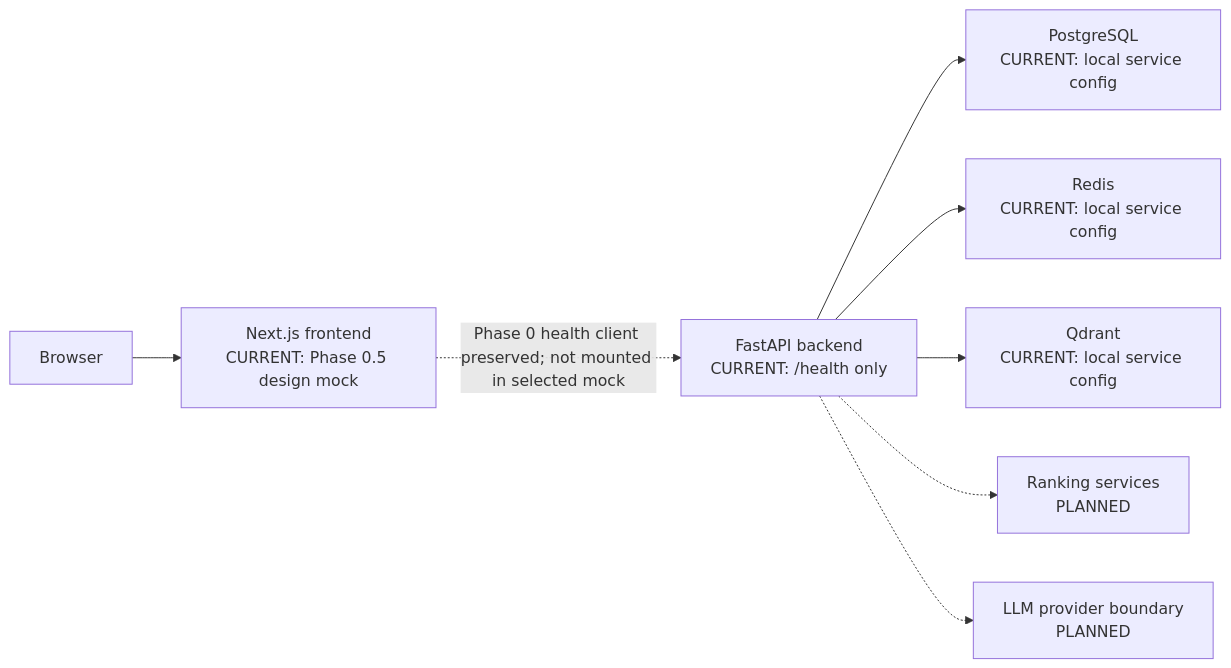
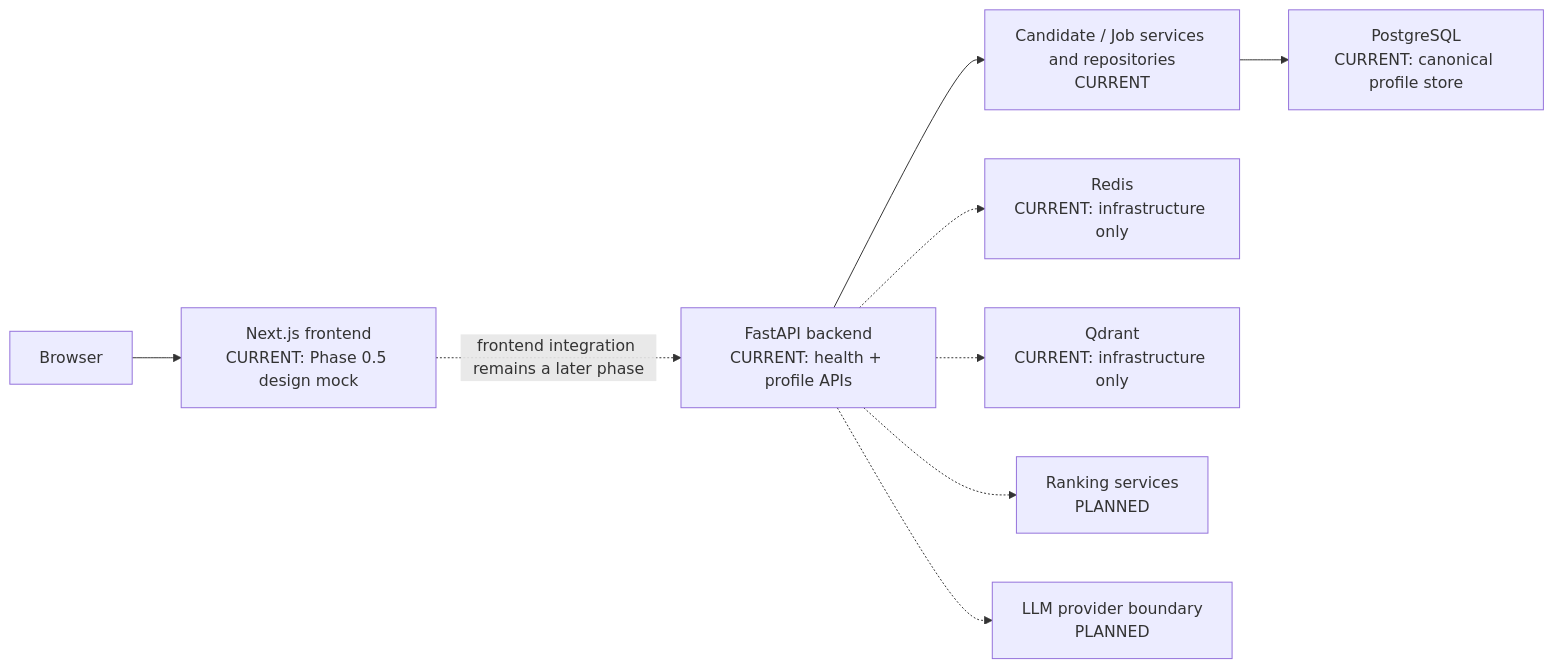
The second of 2 diagrams in README.md (rM0on/peoplematch-agent), drawn with Mermaid before and after one commit. The commit also changed other lines of this file and 39 other files, not shown here.

Commit message:
feat: add candidate and job persistence layer

````diff
--- a/README.md
+++ b/README.md
@@ -59,10 +59,11 @@
 ```mermaid
 flowchart LR
     Browser["Browser"] --> Web["Next.js frontend\nCURRENT: Phase 0.5 design mock"]
-    Web -. "Phase 0 health client preserved; not mounted in selected mock" .-> API["FastAPI backend\nCURRENT: /health only"]
-    API --> PG["PostgreSQL\nCURRENT: local service config"]
-    API --> Redis["Redis\nCURRENT: local service config"]
-    API --> Qdrant["Qdrant\nCURRENT: local service config"]
+    Web -. "frontend integration remains a later phase" .-> API["FastAPI backend\nCURRENT: health + profile APIs"]
+    API --> Domain["Candidate / Job services and repositories\nCURRENT"]
+    Domain --> PG["PostgreSQL\nCURRENT: canonical profile store"]
+    API -.-> Redis["Redis\nCURRENT: infrastructure only"]
+    API -.-> Qdrant["Qdrant\nCURRENT: infrastructure only"]
     API -.-> Matching["Ranking services\nPLANNED"]
     API -.-> AI["LLM provider boundary\nPLANNED"]
 ```
````
